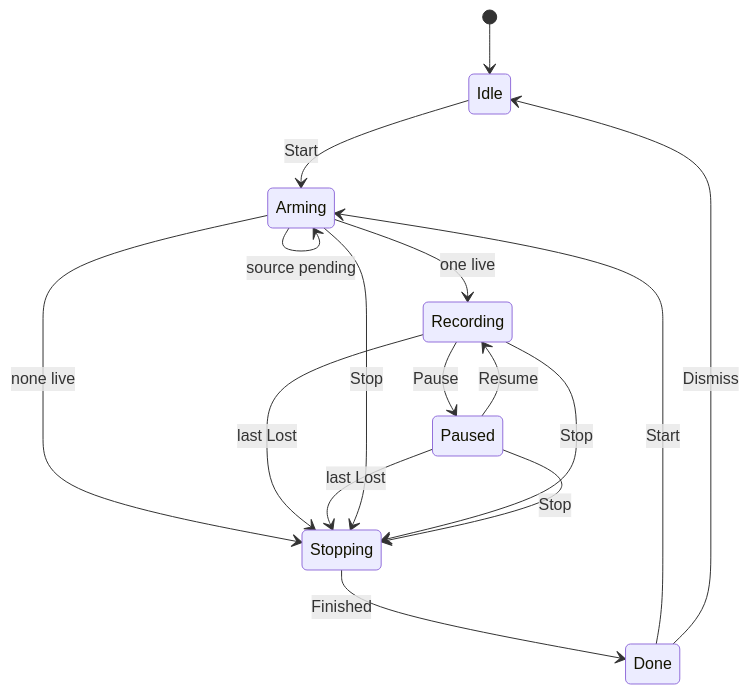
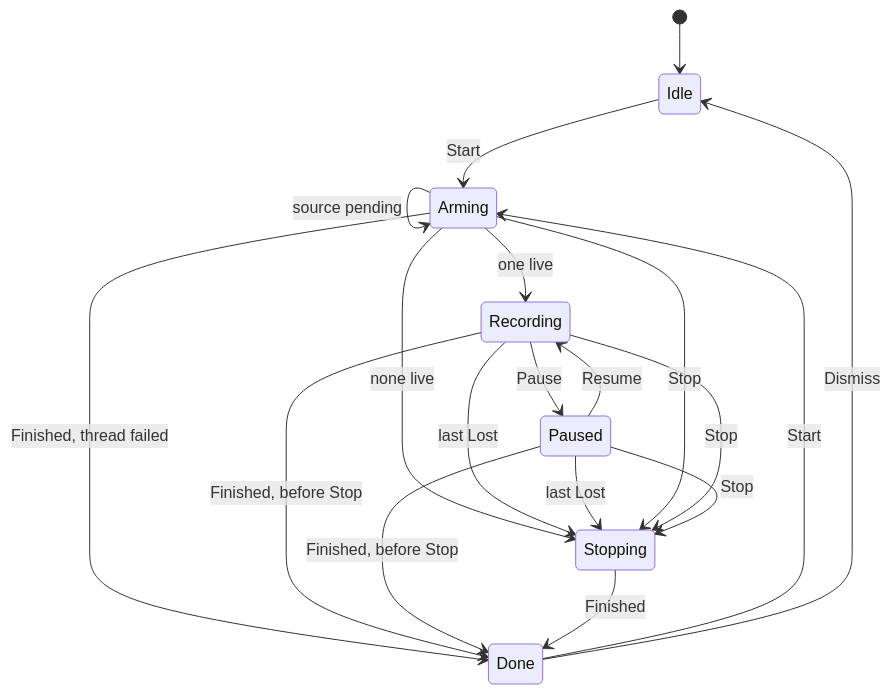
Before and after one commit to mokmok-dev/koe: the fourth of 6 diagrams in ARCHITECTURE.md, drawn with Mermaid. The commit also changed other lines of this file, not shown here.

````diff
--- a/ARCHITECTURE.md
+++ b/ARCHITECTURE.md
@@ -238,18 +247,21 @@
 ```mermaid
 stateDiagram-v2
     [*] --> Idle
     Idle --> Arming: Start
     Done --> Arming: Start
     Arming --> Arming: source pending
     Arming --> Recording: one live
     Arming --> Stopping: none live
     Recording --> Stopping: last Lost
     Paused --> Stopping: last Lost
     Recording --> Paused: Pause
     Paused --> Recording: Resume
     Arming --> Stopping: Stop
     Recording --> Stopping: Stop
     Paused --> Stopping: Stop
+    Arming --> Done: Finished, thread failed
+    Recording --> Done: Finished, before Stop
+    Paused --> Done: Finished, before Stop
     Stopping --> Done: Finished
     Done --> Idle: Dismiss
 ```
````
